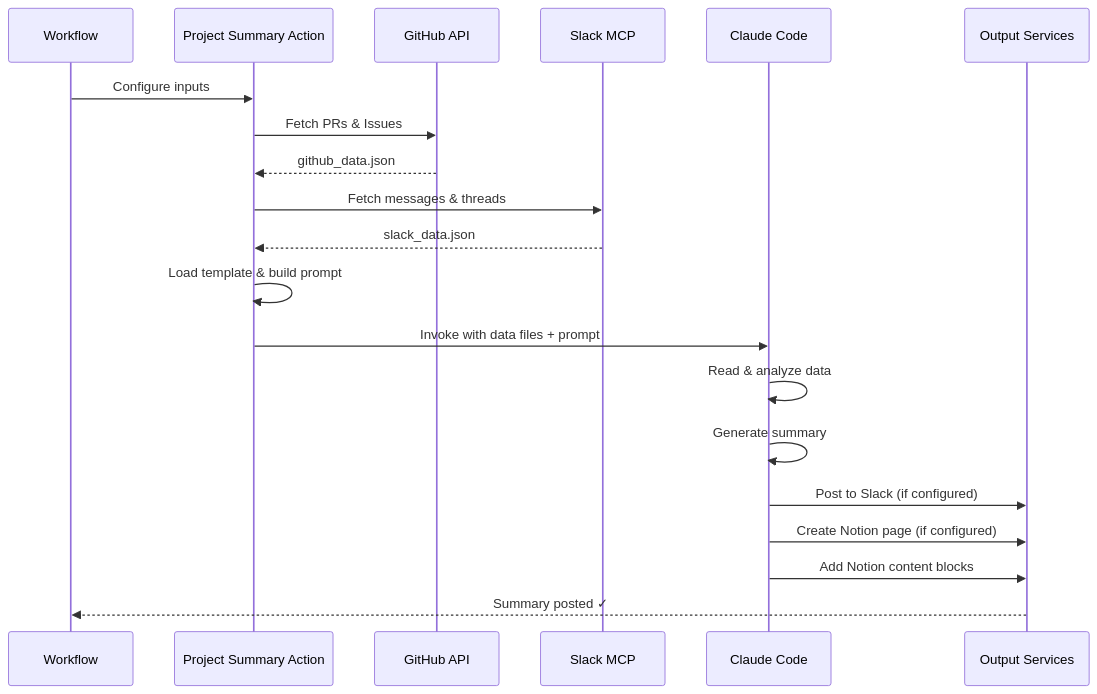
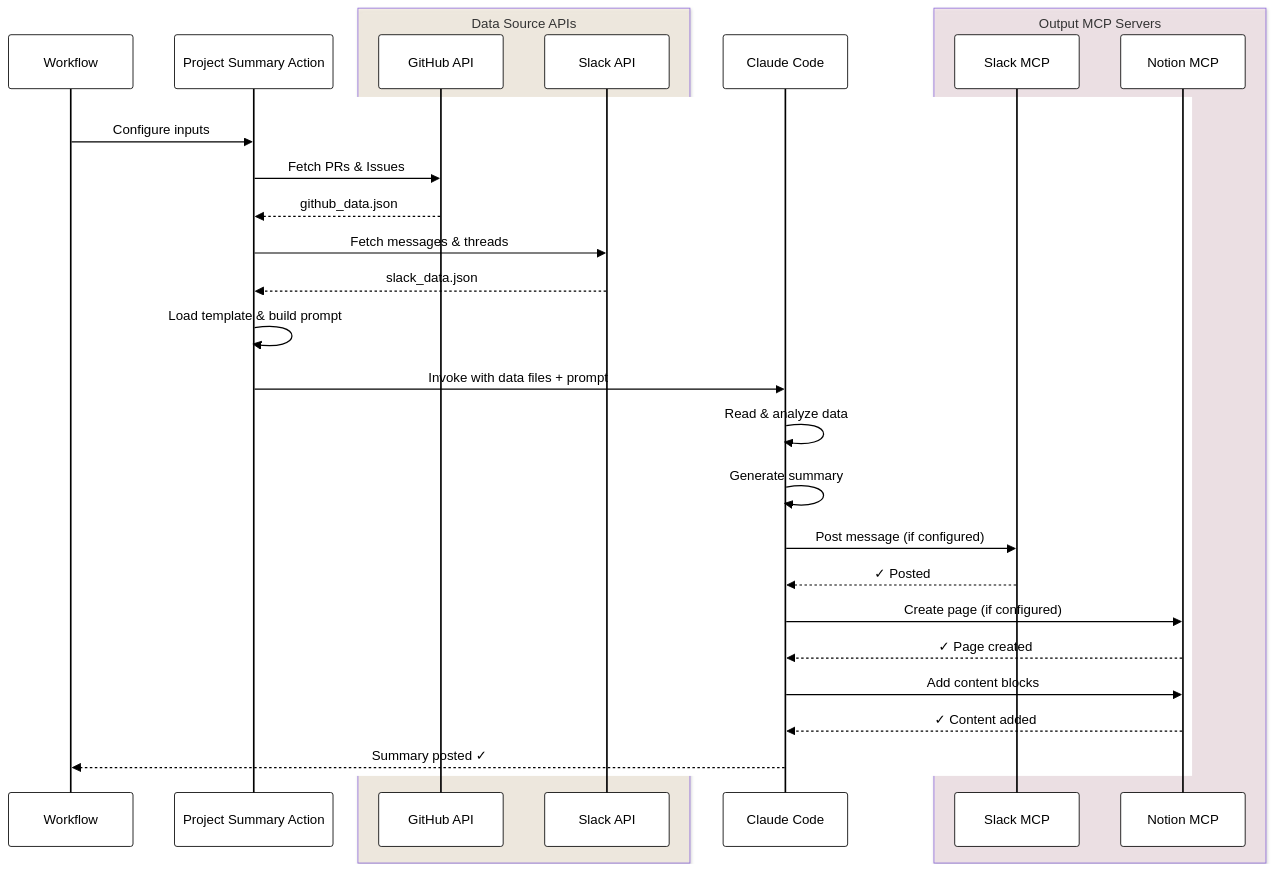
The second of 2 diagrams in project-summary/README.md (nakamasato/claude-code-actions), drawn with Mermaid before and after one commit. The commit also changed other lines of this file, not shown here.

Commit message:
style: set white background for mermaid diagrams (#6)

````diff
--- a/project-summary/README.md
+++ b/project-summary/README.md
@@ -93,27 +117,38 @@
 ```mermaid
+%%{init: {'theme':'default', 'themeVariables': { 'darkMode':'false', 'primaryColor':'#fff', 'primaryTextColor':'#000', 'primaryBorderColor':'#000', 'lineColor':'#000', 'secondaryColor':'#f0f0f0', 'tertiaryColor':'#fff', 'background':'#ffffff', 'mainBkg':'#ffffff', 'secondBkg':'#f0f0f0', 'noteBkgColor':'#fff3cd', 'noteTextColor':'#000', 'noteBorderColor':'#000', 'actorBkg':'#ffffff', 'actorBorder':'#000', 'actorTextColor':'#000', 'actorLineColor':'#000', 'signalColor':'#000', 'signalTextColor':'#000', 'labelBoxBkgColor':'#ffffff', 'labelTextColor':'#000', 'loopTextColor':'#000', 'activationBkgColor':'#f0f0f0', 'activationBorderColor':'#000', 'sequenceNumberColor':'#000'}}}%%
 sequenceDiagram
     participant User as Workflow
     participant Action as Project Summary Action
+    box rgba(255, 243, 224, 0.5) Data Source APIs
     participant GH as GitHub API
-    participant Slack as Slack MCP
+    participant SlackAPI as Slack API
+    end
     participant Claude as Claude Code
-    participant Out as Output Services
+    box rgba(252, 228, 236, 0.5) Output MCP Servers
+    participant SlackMCP as Slack MCP
+    participant NotionMCP as Notion MCP
+    end
 
+    rect rgb(255, 255, 255)
     User->>Action: Configure inputs
     Action->>GH: Fetch PRs & Issues
     GH-->>Action: github_data.json
-    Action->>Slack: Fetch messages & threads
-    Slack-->>Action: slack_data.json
+    Action->>SlackAPI: Fetch messages & threads
+    SlackAPI-->>Action: slack_data.json
 
     Action->>Action: Load template & build prompt
 
     Action->>Claude: Invoke with data files + prompt
     Claude->>Claude: Read & analyze data
     Claude->>Claude: Generate summary
 
-    Claude->>Out: Post to Slack (if configured)
-    Claude->>Out: Create Notion page (if configured)
-    Claude->>Out: Add Notion content blocks
+    Claude->>SlackMCP: Post message (if configured)
+    SlackMCP-->>Claude: ✓ Posted
+    Claude->>NotionMCP: Create page (if configured)
+    NotionMCP-->>Claude: ✓ Page created
+    Claude->>NotionMCP: Add content blocks
+    NotionMCP-->>Claude: ✓ Content added
 
-    Out-->>User: Summary posted ✓
+    Claude-->>User: Summary posted ✓
+    end
 ```
````
